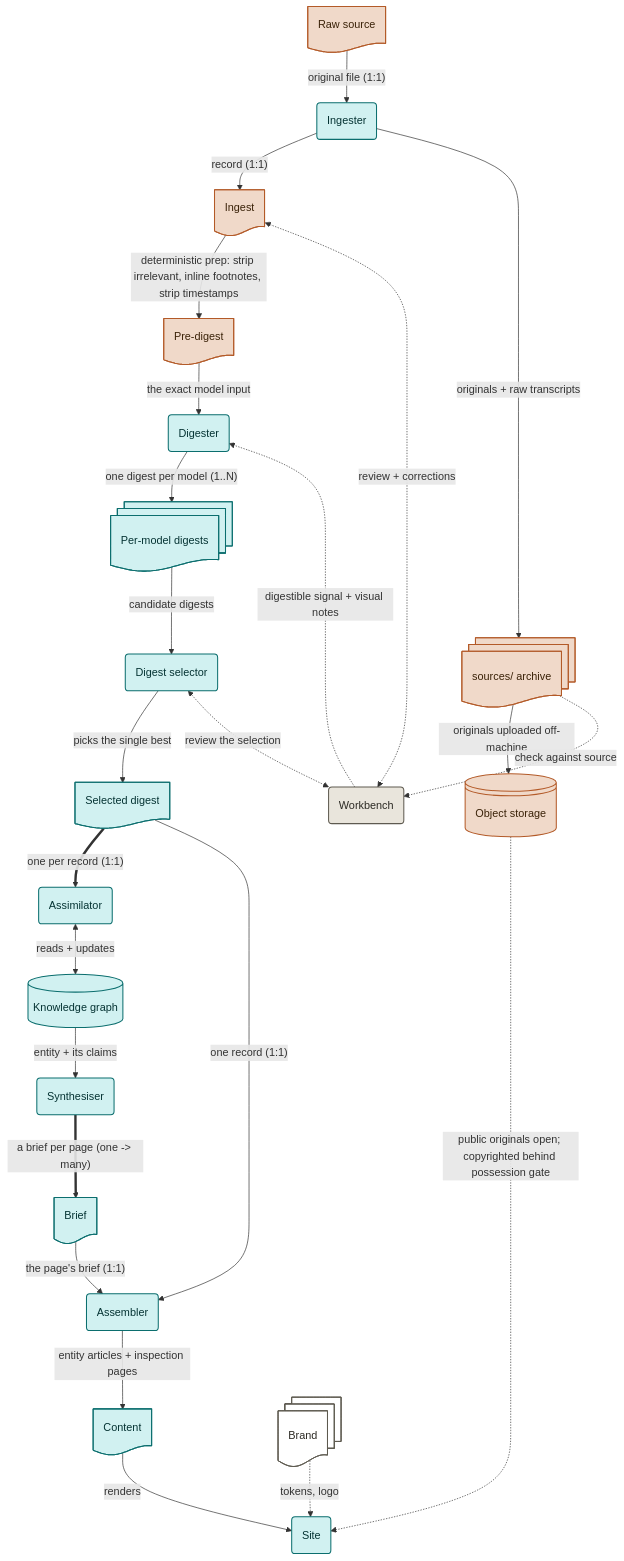
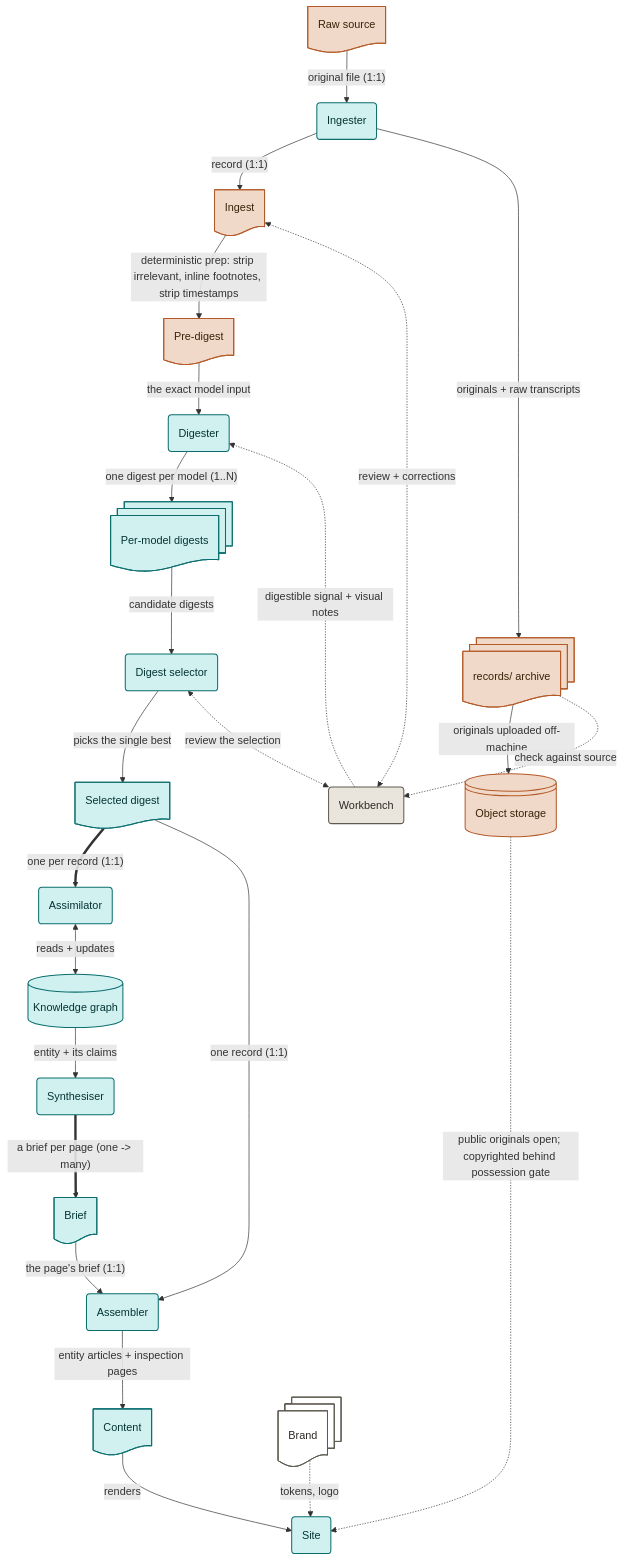
The diagram in reference/pipeline.mmd (anomalica/anomalica), drawn with Mermaid before and after one commit. The commit also changed 11 other files, not shown here.

```diff
--- a/reference/pipeline.mmd
+++ b/reference/pipeline.mmd
@@ -1,74 +1,74 @@
 flowchart TB
   classDef src fill:#F0D9C9,stroke:#B35A28,stroke-width:1.5px,color:#3a2208;
   classDef pub fill:#D1F1F1,stroke:#0B6E6E,stroke-width:1.5px,color:#053333;
   classDef rev fill:#E9E5DC,stroke:#5E5A50,stroke-width:1.5px,color:#2c2a24;
   classDef store fill:#ffffff,stroke:#5E5A50,stroke-width:1.3px,color:#2c2a24;
 
   raw@{ shape: doc, label: "Raw source" }
   ingester@{ shape: rounded, label: "Ingester" }
   ingest@{ shape: doc, label: "Ingest" }
   predigest@{ shape: doc, label: "Pre-digest" }
-  archive@{ shape: docs, label: "sources/ archive" }
+  archive@{ shape: docs, label: "records/ archive" }
   bucket@{ shape: lin-cyl, label: "Object storage" }
   workbench@{ shape: rounded, label: "Workbench" }
   digester@{ shape: rounded, label: "Digester" }
   digests@{ shape: docs, label: "Per-model digests" }
   selector@{ shape: rounded, label: "Digest selector" }
   selected@{ shape: doc, label: "Selected digest" }
   assimilator@{ shape: rounded, label: "Assimilator" }
   kg@{ shape: cyl, label: "Knowledge graph" }
   synthesiser@{ shape: rounded, label: "Synthesiser" }
   briefs@{ shape: doc, label: "Brief" }
   assembler@{ shape: rounded, label: "Assembler" }
   content@{ shape: doc, label: "Content" }
   site@{ shape: rounded, label: "Site" }
   brand@{ shape: docs, label: "Brand" }
 
   raw -->|"original file (1:1)"| ingester
   ingester -->|"record (1:1)"| ingest
   ingester -->|"originals + raw transcripts"| archive
   archive -->|"originals uploaded off-machine"| bucket
   bucket -.->|"public originals open; copyrighted behind possession gate"| site
   ingest -->|"deterministic prep: strip irrelevant, inline footnotes, strip timestamps"| predigest
   predigest -->|"the exact model input"| digester
   digester -->|"one digest per model (1..N)"| digests
   digests -->|"candidate digests"| selector
   selector -->|"picks the single best"| selected
   selected ==>|"one per record (1:1)"| assimilator
   assimilator <-->|"reads + updates"| kg
   kg -->|"entity + its claims"| synthesiser
   synthesiser ==>|"a brief per page (one -> many)"| briefs
   briefs -->|"the page's brief (1:1)"| assembler
   selected -->|"one record (1:1)"| assembler
   assembler -->|"entity articles + inspection pages"| content
   content -->|"renders"| site
   brand -.->|"tokens, logo"| site
   ingest <-.->|"review + corrections"| workbench
   selector <-.->|"review the selection"| workbench
   archive -.->|"check against source"| workbench
   workbench -.->|"digestible signal + visual notes"| digester
 
   class raw,ingest,predigest,archive,bucket src
   class ingester,digester,digests,selector,selected,assimilator,kg,synthesiser,briefs,assembler,content,site pub
   class workbench rev
   class brand store
 
   click raw nodeClick
   click ingester nodeClick
   click ingest nodeClick
   click predigest nodeClick
   click archive nodeClick
   click bucket nodeClick
   click workbench nodeClick
   click digester nodeClick
   click digests nodeClick
   click selector nodeClick
   click selected nodeClick
   click assimilator nodeClick
   click kg nodeClick
   click synthesiser nodeClick
   click briefs nodeClick
   click assembler nodeClick
   click content nodeClick
   click site nodeClick
   click brand nodeClick
```
